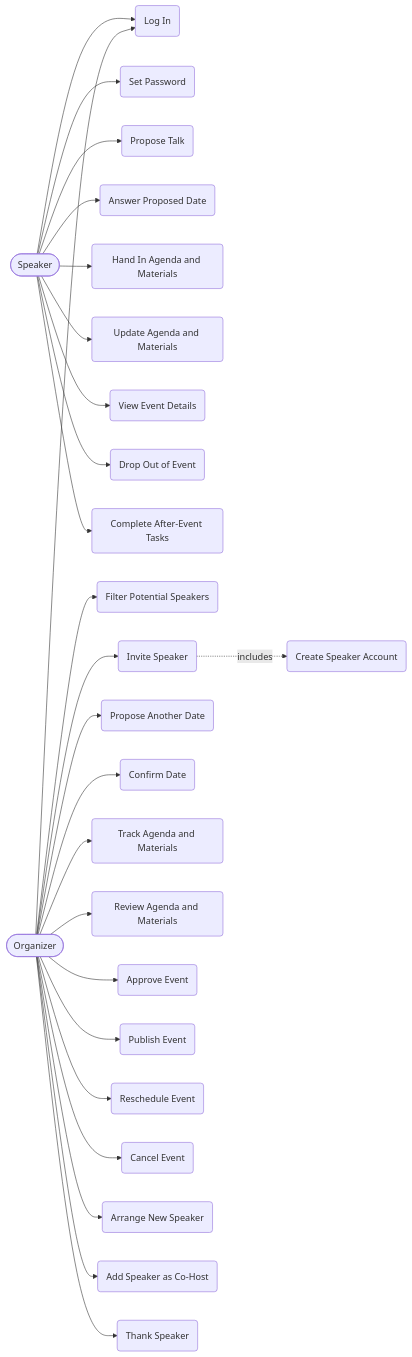
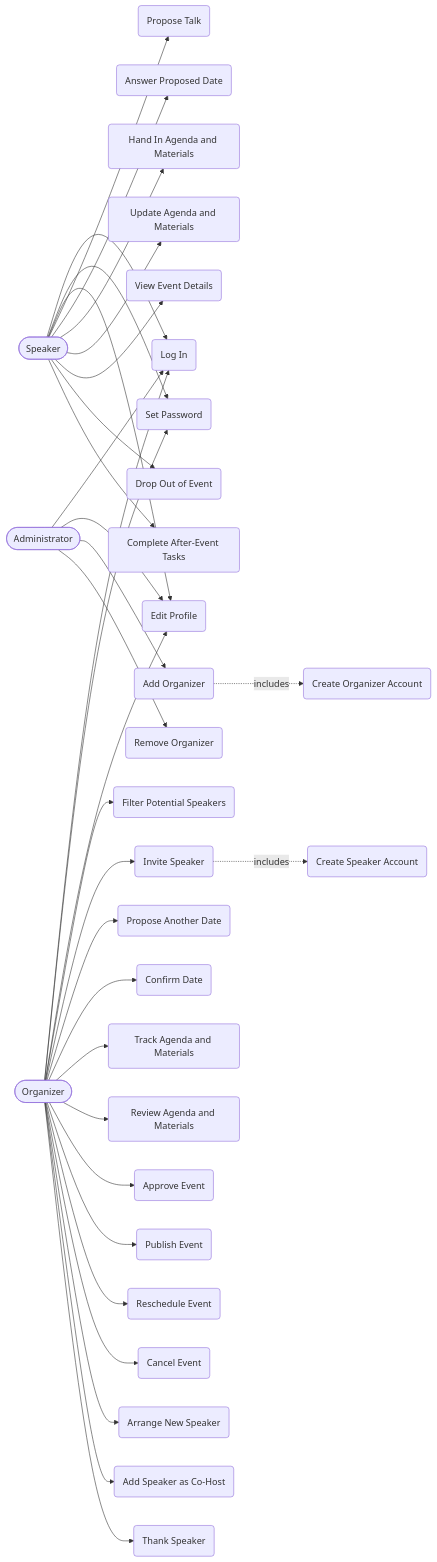
One commit to optivem/event-hub changed the diagram in docs/use-cases.md. Above: the diagram before and after it, drawn with Mermaid. The commit also changed other lines of this file and 37 other files, not shown here.

Commit message:
Add organizer management, profiles and account menu to the prototype

````diff
--- a/docs/use-cases.md
+++ b/docs/use-cases.md
@@ -3,32 +3,42 @@
 ```mermaid
 graph LR
     Speaker([Speaker])
     Organizer([Organizer])
+    Administrator([Administrator])
 
     Speaker --> LogIn(Log In)
     Speaker --> SetPassword(Set Password)
+    Speaker --> EditProfile(Edit Profile)
     Speaker --> ProposeTalk(Propose Talk)
     Speaker --> AnswerDate(Answer Proposed Date)
     Speaker --> HandInMaterials(Hand In Agenda and Materials)
     Speaker --> UpdateMaterials(Update Agenda and Materials)
     Speaker --> ViewEventDetails(View Event Details)
     Speaker --> DropOut(Drop Out of Event)
     Speaker --> AfterEventTasks(Complete After-Event Tasks)
 
     Organizer --> LogIn
+    Organizer --> SetPassword
+    Organizer --> EditProfile
     Organizer --> FilterSpeakers(Filter Potential Speakers)
     Organizer --> InviteSpeaker(Invite Speaker)
     Organizer --> ProposeAnotherDate(Propose Another Date)
     Organizer --> ConfirmDate(Confirm Date)
     Organizer --> TrackMaterials(Track Agenda and Materials)
     Organizer --> ReviewMaterials(Review Agenda and Materials)
     Organizer --> ApproveEvent(Approve Event)
     Organizer --> PublishEvent(Publish Event)
     Organizer --> RescheduleEvent(Reschedule Event)
     Organizer --> CancelEvent(Cancel Event)
     Organizer --> ArrangeNewSpeaker(Arrange New Speaker)
     Organizer --> AddCoHost(Add Speaker as Co-Host)
     Organizer --> ThankSpeaker(Thank Speaker)
 
+    Administrator --> LogIn
+    Administrator --> EditProfile
+    Administrator --> AddOrganizer(Add Organizer)
+    Administrator --> RemoveOrganizer(Remove Organizer)
+
     InviteSpeaker -. includes .-> CreateAccount(Create Speaker Account)
+    AddOrganizer -. includes .-> CreateOrganizerAccount(Create Organizer Account)
 ```
````
